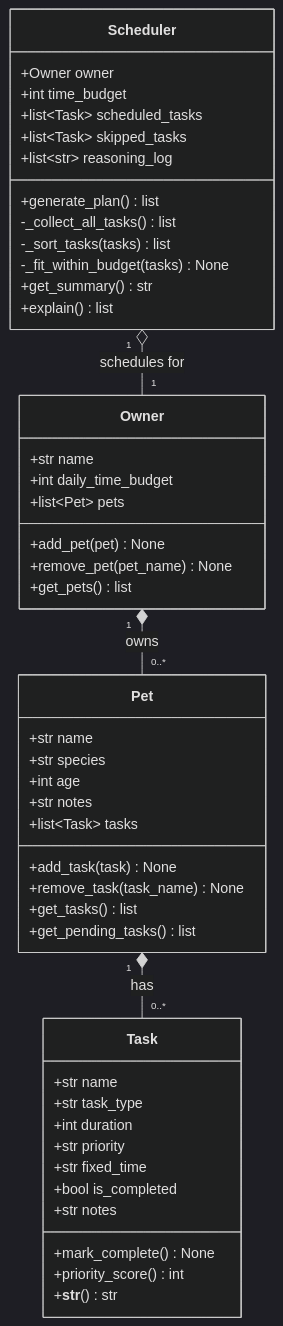
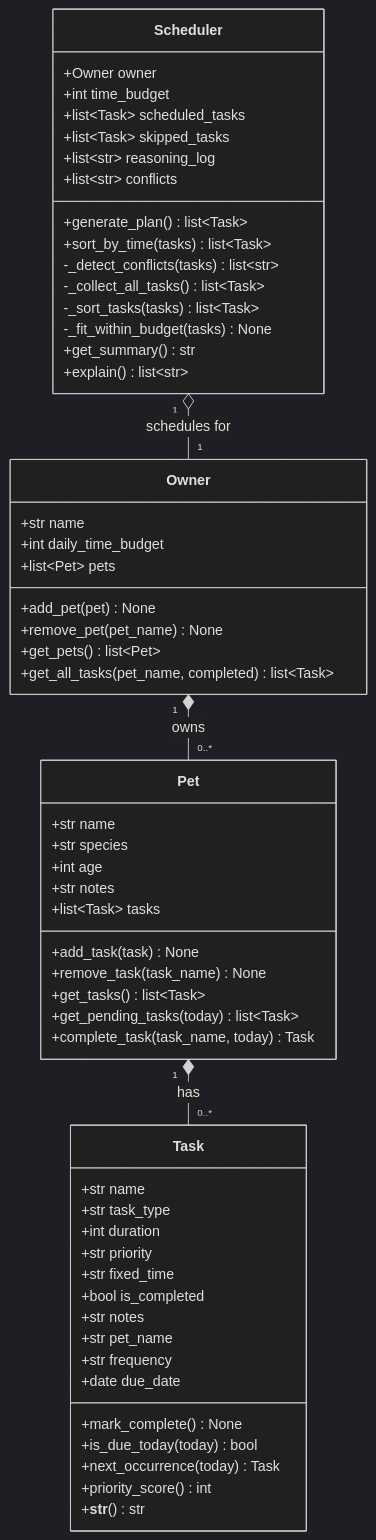
The diagram in reflection.md (Minh-Nguyen-2005/ai110-module2show-pawpal-starter), drawn with Mermaid (dark theme) before and after one commit. The commit also changed other lines of this file and 5 other files, not shown here.

````diff
--- a/reflection.md
+++ b/reflection.md
@@ -90,54 +90,64 @@
 ```mermaid
 classDiagram
     class Owner {
         +str name
         +int daily_time_budget
         +list~Pet~ pets
         +add_pet(pet) None
         +remove_pet(pet_name) None
-        +get_pets() list
+        +get_pets() list~Pet~
+        +get_all_tasks(pet_name, completed) list~Task~
     }
 
     class Pet {
         +str name
         +str species
         +int age
         +str notes
         +list~Task~ tasks
         +add_task(task) None
         +remove_task(task_name) None
-        +get_tasks() list
-        +get_pending_tasks() list
+        +get_tasks() list~Task~
+        +get_pending_tasks(today) list~Task~
+        +complete_task(task_name, today) Task
     }
 
     class Task {
         +str name
         +str task_type
         +int duration
         +str priority
         +str fixed_time
         +bool is_completed
         +str notes
+        +str pet_name
+        +str frequency
+        +date due_date
         +mark_complete() None
+        +is_due_today(today) bool
+        +next_occurrence(today) Task
         +priority_score() int
         +__str__() str
     }
 
     class Scheduler {
         +Owner owner
         +int time_budget
         +list~Task~ scheduled_tasks
         +list~Task~ skipped_tasks
         +list~str~ reasoning_log
-        +generate_plan() list
-        -_collect_all_tasks() list
-        -_sort_tasks(tasks) list
+        +list~str~ conflicts
+        +generate_plan() list~Task~
+        +sort_by_time(tasks) list~Task~
+        -_detect_conflicts(tasks) list~str~
+        -_collect_all_tasks() list~Task~
+        -_sort_tasks(tasks) list~Task~
         -_fit_within_budget(tasks) None
         +get_summary() str
-        +explain() list
+        +explain() list~str~
     }
 
     Owner "1" *-- "0..*" Pet : owns
     Pet "1" *-- "0..*" Task : has
     Scheduler "1" o-- "1" Owner : schedules for
 ```
````
